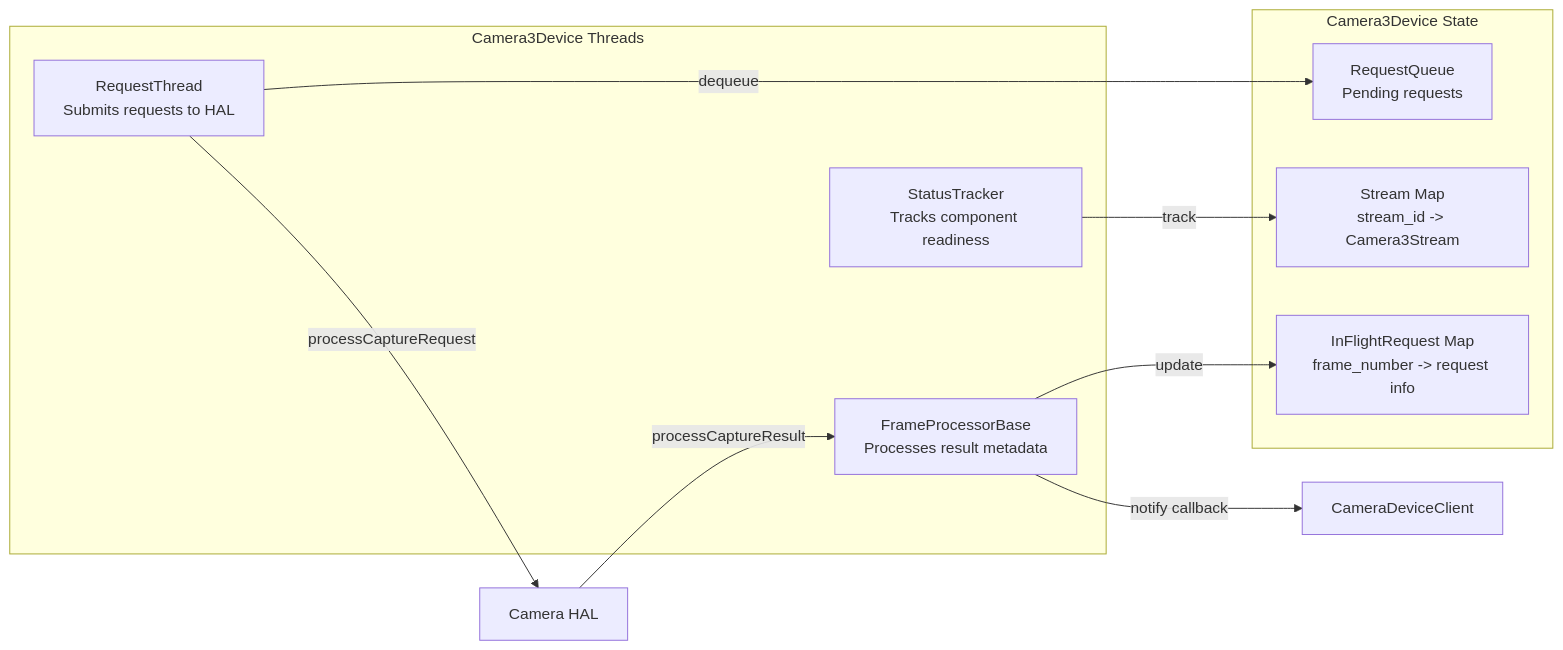
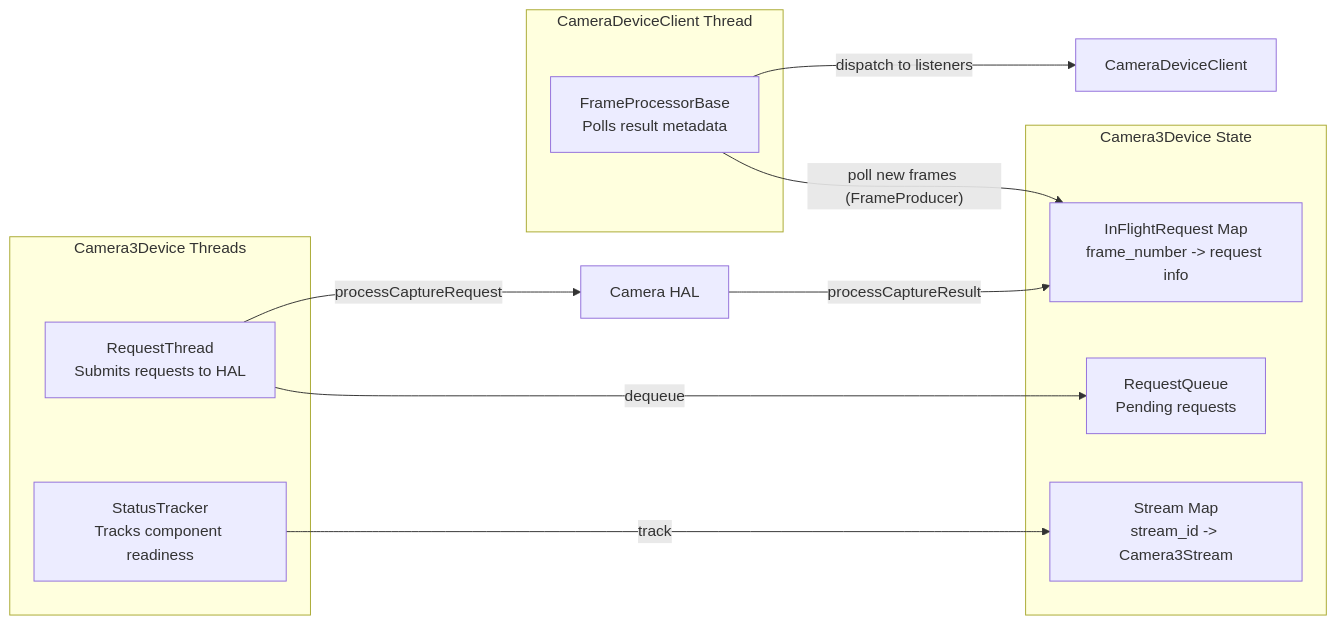
Before and after one commit to aospbooks/aosp-internal-book: the seventh of 25 diagrams in agents/claude/skills/aosp-device-support/64-camera2-pipeline.md, drawn with Mermaid. The commit also changed other lines of this file and 218 other files, not shown here.

````diff
--- a/agents/claude/skills/aosp-device-support/64-camera2-pipeline.md
+++ b/agents/claude/skills/aosp-device-support/64-camera2-pipeline.md
@@ -591,21 +598,24 @@
 ```mermaid
 graph LR
     subgraph C3T["Camera3Device Threads"]
         RT["RequestThread<br/>Submits requests to HAL"]
-        FP["FrameProcessorBase<br/>Processes result metadata"]
         ST["StatusTracker<br/>Tracks component readiness"]
+    end
+
+    subgraph CDCT["CameraDeviceClient Thread"]
+        FP["FrameProcessorBase<br/>Polls result metadata"]
     end
 
     subgraph C3S["Camera3Device State"]
         IFR["InFlightRequest Map<br/>frame_number -> request info"]
         SQ["RequestQueue<br/>Pending requests"]
         STREAMS["Stream Map<br/>stream_id -> Camera3Stream"]
     end
 
     RT -->|dequeue| SQ
     RT -->|processCaptureRequest| HAL[Camera HAL]
-    HAL -->|processCaptureResult| FP
-    FP -->|update| IFR
-    FP -->|notify callback| CDC[CameraDeviceClient]
+    HAL -->|processCaptureResult| IFR
+    FP -->|"poll new frames (FrameProducer)"| IFR
+    FP -->|dispatch to listeners| CDC[CameraDeviceClient]
     ST -->|track| STREAMS
 ```
````
